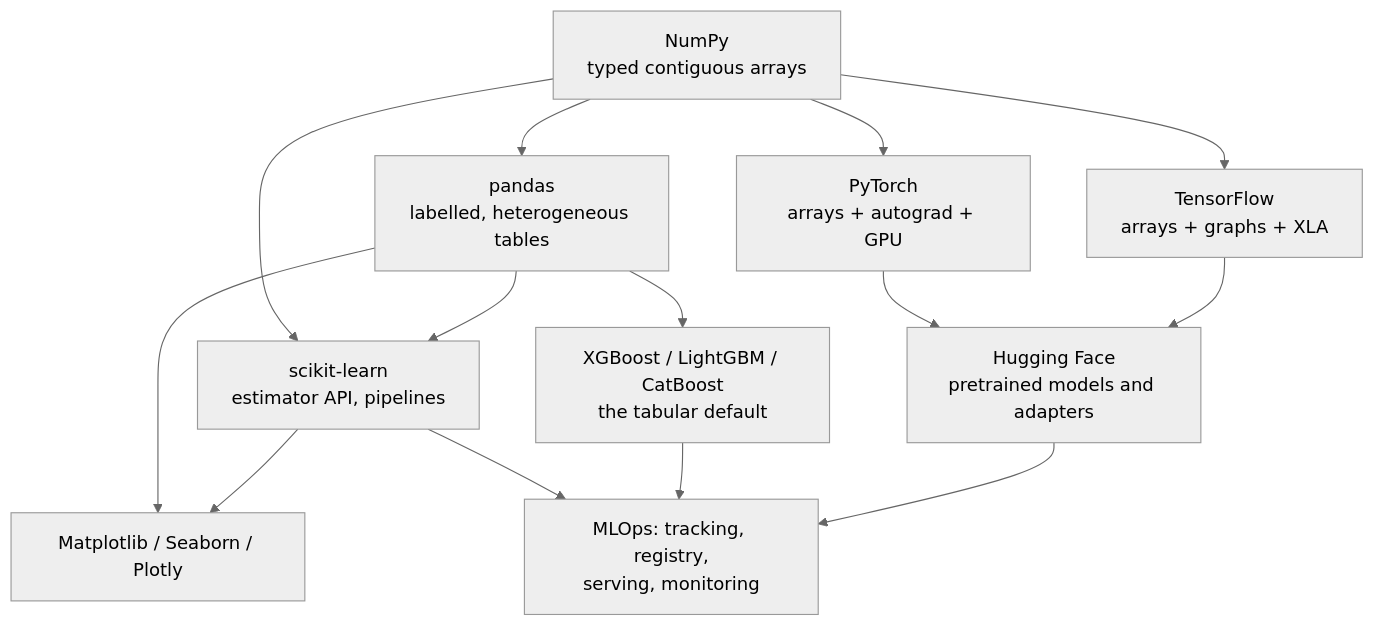
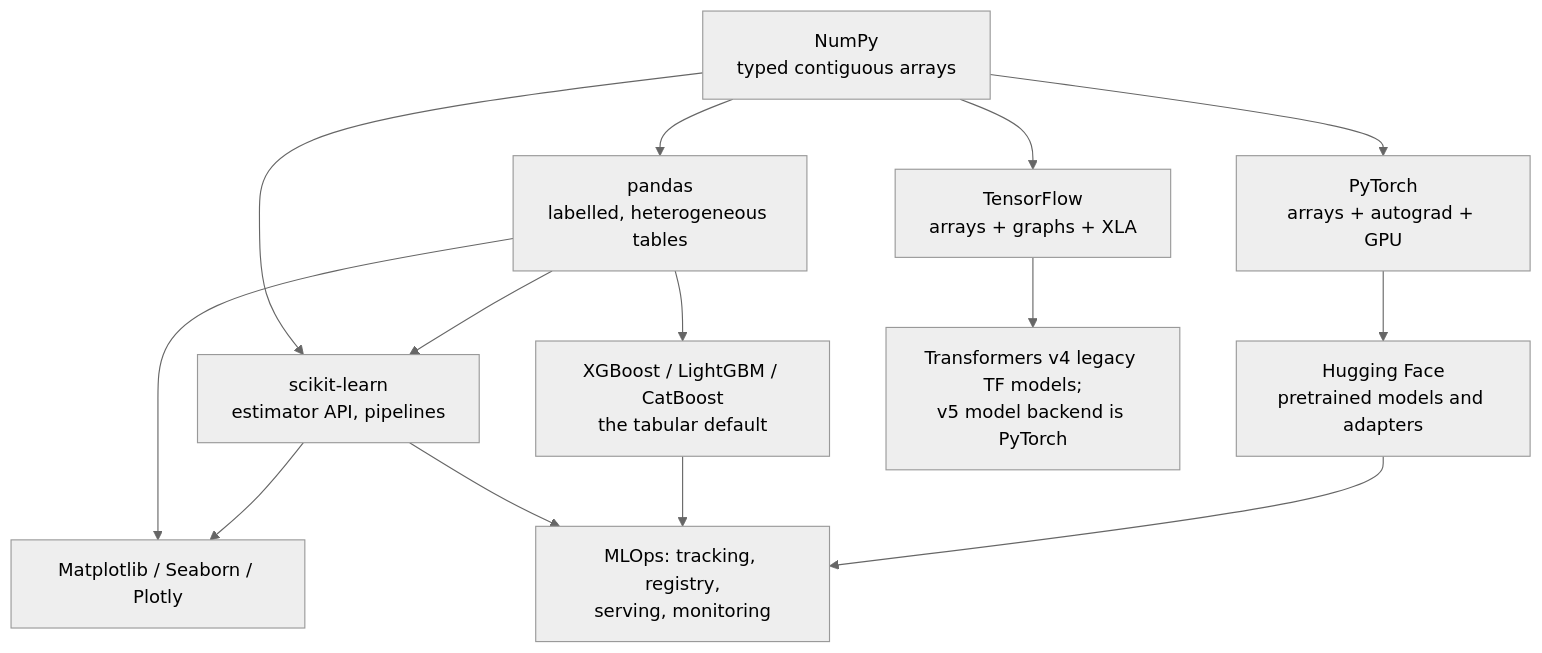
One commit to alliedbrother/ml-interview-notes changed the diagram in content/notes/libraries.md. Above: the diagram before and after it, drawn with Mermaid (neutral theme). The commit also changed other lines of this file and 217 other files, not shown here.

````diff
--- a/content/notes/libraries.md
+++ b/content/notes/libraries.md
@@ -32,16 +32,16 @@
 ```mermaid
 flowchart TD
     NP["NumPy<br/>typed contiguous arrays"] --> PD["pandas<br/>labelled, heterogeneous tables"]
     NP --> SK["scikit-learn<br/>estimator API, pipelines"]
     NP --> PT["PyTorch<br/>arrays + autograd + GPU"]
     NP --> TF["TensorFlow<br/>arrays + graphs + XLA"]
     PD --> SK
     PD --> BOOST["XGBoost / LightGBM / CatBoost<br/>the tabular default"]
     PD --> VIZ["Matplotlib / Seaborn / Plotly"]
     SK --> VIZ
     PT --> HF["Hugging Face<br/>pretrained models and adapters"]
-    TF --> HF
+    TF --> LEGACY["Transformers v4 legacy TF models;<br/>v5 model backend is PyTorch"]
     SK --> OPS["MLOps: tracking, registry,<br/>serving, monitoring"]
     BOOST --> OPS
     HF --> OPS
 ```
````
